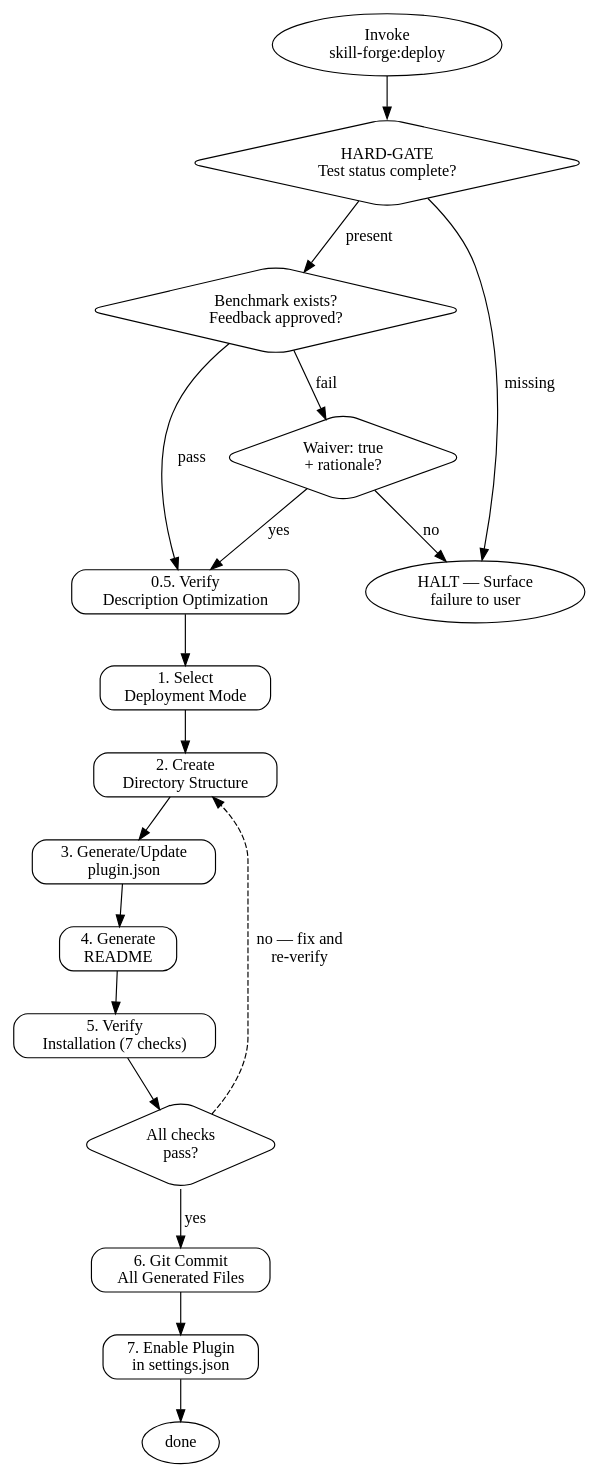
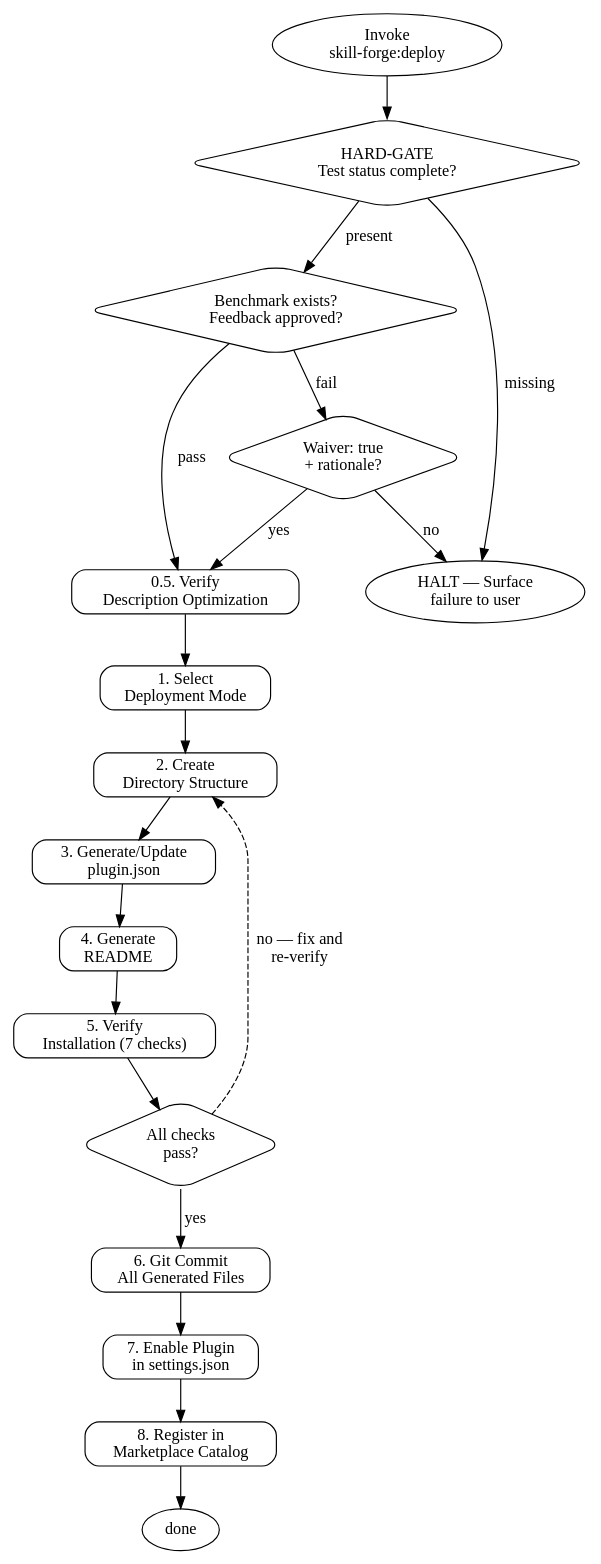
Before and after one commit to sangyeon-bagelcode/skill-forge: the diagram in plugins/skill-forge/skills/deploy/SKILL.md, drawn with Graphviz. The commit also changed other lines of this file, not shown here.

First line of the commit message:
feat(deploy): add step 8 — register plugin in marketplace catalog

````diff
--- a/plugins/skill-forge/skills/deploy/SKILL.md
+++ b/plugins/skill-forge/skills/deploy/SKILL.md
@@ -86,40 +88,42 @@
 ```graphviz
 digraph deploy_skill {
   rankdir=TB;
   node [shape=box style=rounded];
 
   START    [label="Invoke\nskill-forge:deploy" shape=oval];
   GATE     [label="HARD-GATE\nTest status complete?" shape=diamond];
   SCORES   [label="Benchmark exists?\nFeedback approved?" shape=diamond];
   WAIVER   [label="Waiver: true\n+ rationale?" shape=diamond];
   HALT     [label="HALT — Surface\nfailure to user" shape=oval];
   DESC     [label="0.5. Verify\nDescription Optimization"];
   MODE     [label="1. Select\nDeployment Mode"];
   STRUCT   [label="2. Create\nDirectory Structure"];
   PLUGIN   [label="3. Generate/Update\nplugin.json"];
   README   [label="4. Generate\nREADME"];
   VERIFY   [label="5. Verify\nInstallation (7 checks)"];
   PASS     [label="All checks\npass?" shape=diamond];
   COMMIT   [label="6. Git Commit\nAll Generated Files"];
   ENABLE   [label="7. Enable Plugin\nin settings.json"];
+  CATALOG  [label="8. Register in\nMarketplace Catalog"];
   END      [label="done" shape=oval];
 
   START  -> GATE;
   GATE   -> SCORES  [label="present"];
   GATE   -> HALT    [label="missing"];
   SCORES -> DESC    [label="pass"];
   SCORES -> WAIVER  [label="fail"];
   WAIVER -> DESC    [label="yes"];
   WAIVER -> HALT    [label="no"];
   DESC   -> MODE;
   MODE   -> STRUCT;
   STRUCT -> PLUGIN;
   PLUGIN -> README;
   README -> VERIFY;
   VERIFY -> PASS;
   PASS   -> COMMIT  [label="yes"];
   PASS   -> STRUCT  [label="no — fix and\nre-verify" style=dashed];
   COMMIT -> ENABLE;
-  ENABLE -> END;
+  ENABLE -> CATALOG;
+  CATALOG -> END;
 }
 ```
````
